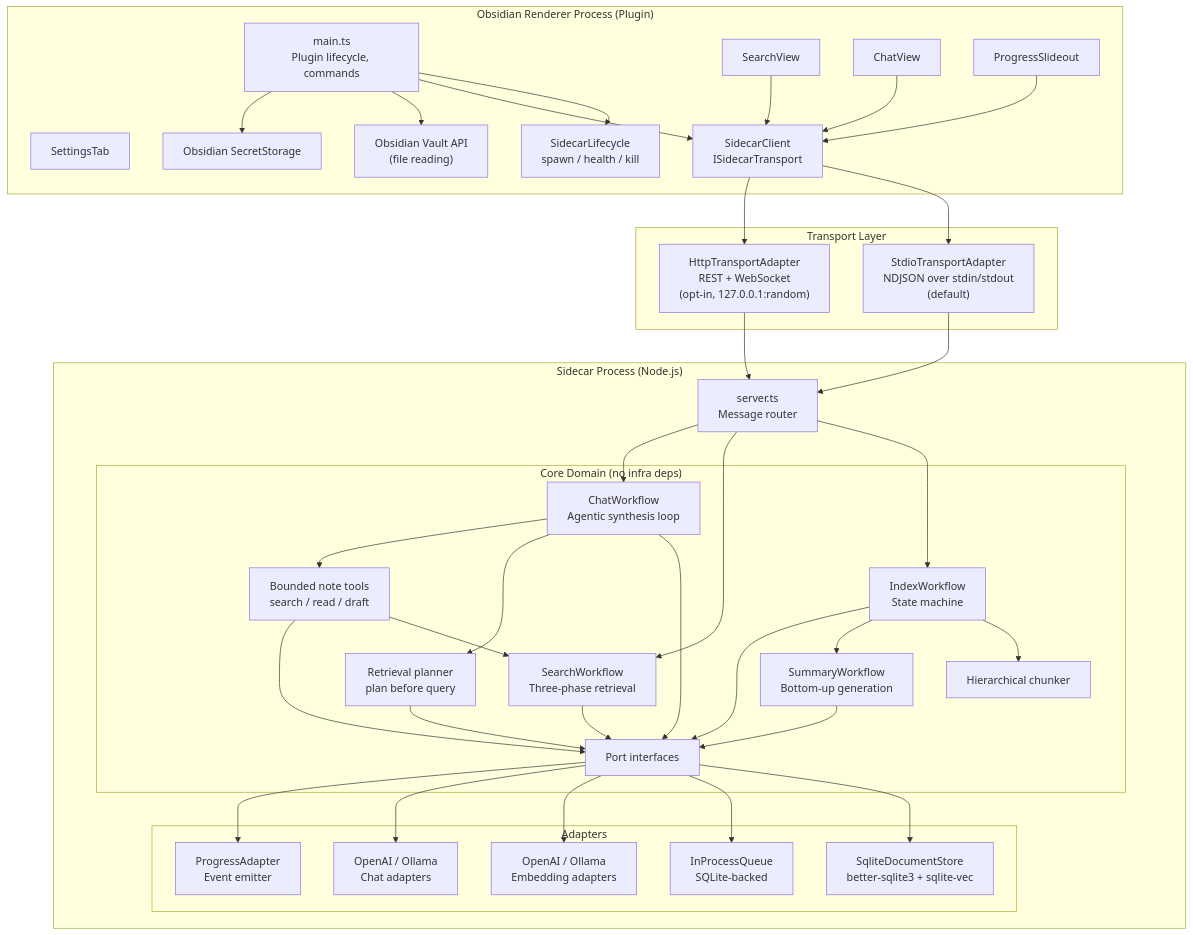
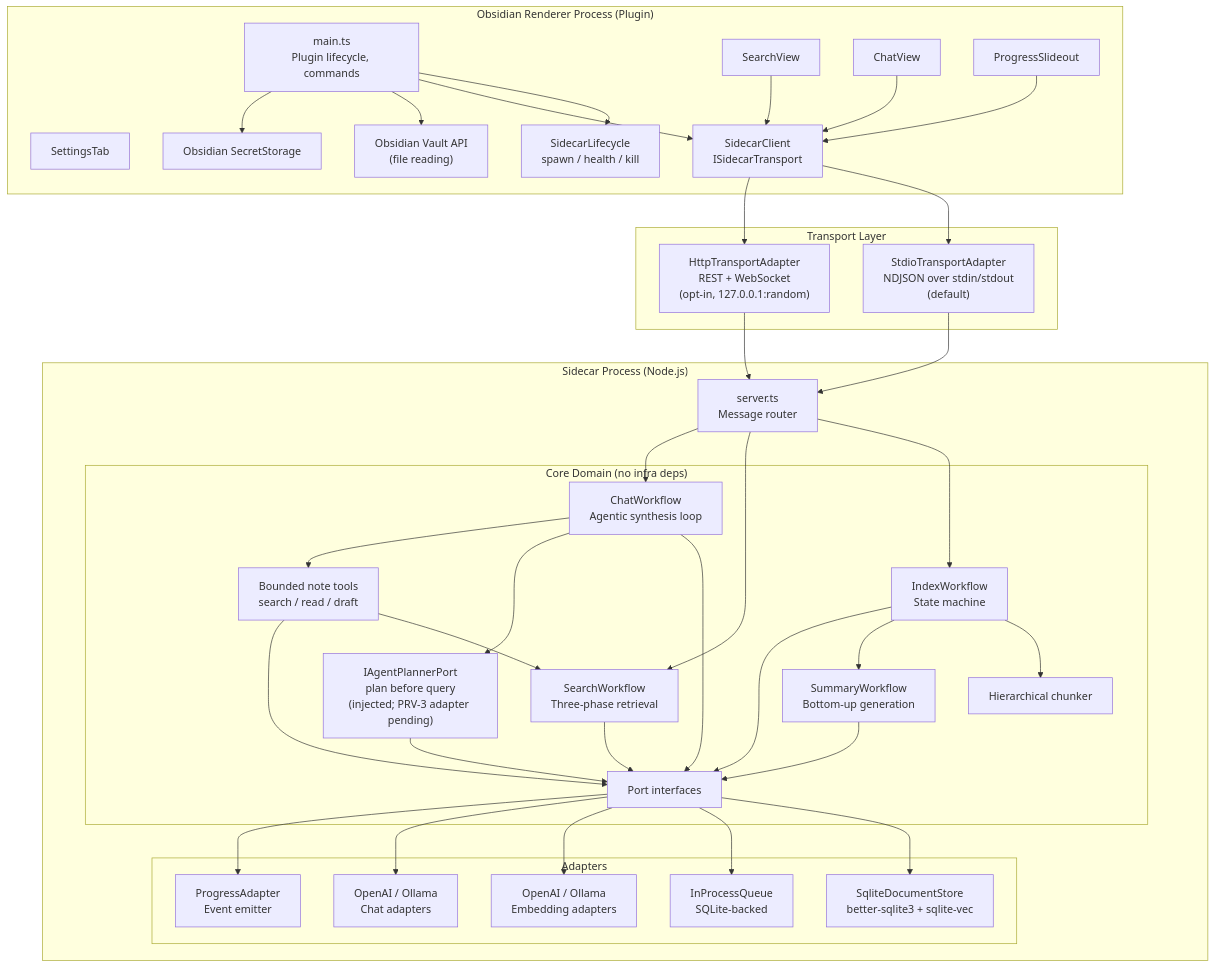
One commit to PhilipTeitel/Obisidian-AI changed the first of 5 diagrams in README.md. Above: the diagram before and after it, drawn with Mermaid. The commit also changed other lines of this file and 9 other files, not shown here.

````diff
--- a/README.md
+++ b/README.md
@@ -144,74 +144,74 @@
 ```mermaid
 graph TB
     subgraph obsidian ["Obsidian Renderer Process (Plugin)"]
         Main["main.ts<br/>Plugin lifecycle, commands"]
         Settings["SettingsTab"]
         SearchUI["SearchView"]
         ChatUI["ChatView"]
         ProgressUI["ProgressSlideout"]
         SidecarLife["SidecarLifecycle<br/>spawn / health / kill"]
         Client["SidecarClient<br/>ISidecarTransport"]
         SecretStore["Obsidian SecretStorage"]
         VaultAPI["Obsidian Vault API<br/>(file reading)"]
     end
 
     subgraph transport ["Transport Layer"]
         Stdio["StdioTransportAdapter<br/>NDJSON over stdin/stdout<br/>(default)"]
         HTTP["HttpTransportAdapter<br/>REST + WebSocket<br/>(opt-in, 127.0.0.1:random)"]
     end
 
     subgraph sidecar ["Sidecar Process (Node.js)"]
         Server["server.ts<br/>Message router"]
         subgraph core ["Core Domain (no infra deps)"]
             IndexWF["IndexWorkflow<br/>State machine"]
             SearchWF["SearchWorkflow<br/>Three-phase retrieval"]
             ChatWF["ChatWorkflow<br/>Agentic synthesis loop"]
-            QueryPlan["Retrieval planner<br/>plan before query"]
+            QueryPlan["IAgentPlannerPort<br/>plan before query<br/>(injected; PRV-3 adapter pending)"]
             NoteTools["Bounded note tools<br/>search / read / draft"]
             SummaryWF["SummaryWorkflow<br/>Bottom-up generation"]
             Chunker["Hierarchical chunker"]
             Ports["Port interfaces"]
         end
         subgraph adapters ["Adapters"]
             SQLiteStore["SqliteDocumentStore<br/>better-sqlite3 + sqlite-vec"]
             Queue["InProcessQueue<br/>SQLite-backed"]
             EmbedAdapt["OpenAI / Ollama<br/>Embedding adapters"]
             ChatAdapt["OpenAI / Ollama<br/>Chat adapters"]
             ProgressAdapt["ProgressAdapter<br/>Event emitter"]
         end
     end
 
     Main --> SidecarLife
     Main --> Client
     SearchUI --> Client
     ChatUI --> Client
     ProgressUI --> Client
     Main --> VaultAPI
     Main --> SecretStore
 
     Client --> Stdio
     Client --> HTTP
     Stdio --> Server
     HTTP --> Server
 
     Server --> IndexWF
     Server --> SearchWF
     Server --> ChatWF
     IndexWF --> Chunker
     IndexWF --> SummaryWF
     IndexWF --> Ports
     SearchWF --> Ports
     ChatWF --> Ports
     ChatWF --> QueryPlan
     ChatWF --> NoteTools
     QueryPlan --> Ports
     NoteTools --> SearchWF
     NoteTools --> Ports
     SummaryWF --> Ports
 
     Ports --> SQLiteStore
     Ports --> Queue
     Ports --> EmbedAdapt
     Ports --> ChatAdapt
     Ports --> ProgressAdapt
 ```
````
